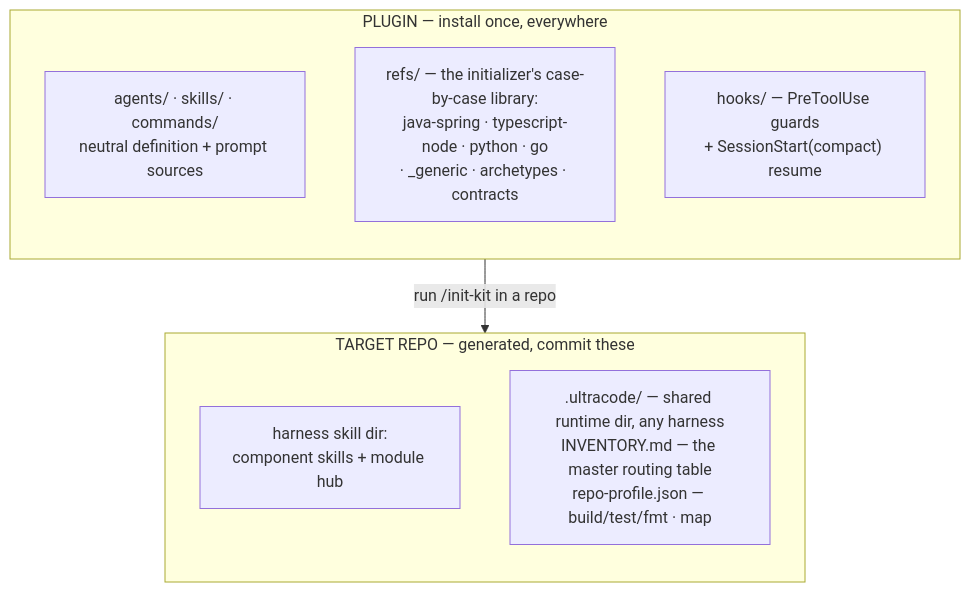
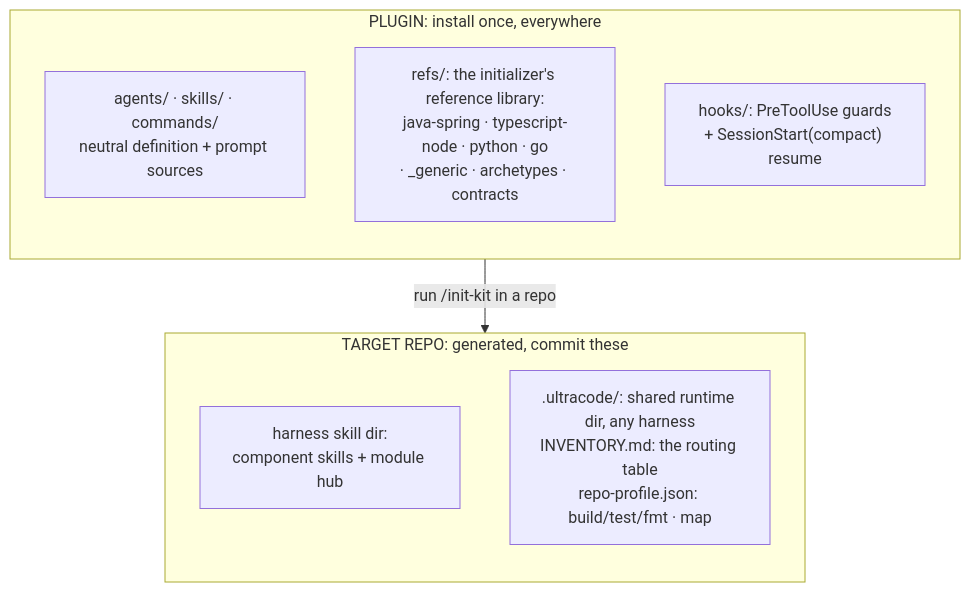
One commit to diepquynh/ultracode changed the first of 3 diagrams in docs/architecture.md. Above: the diagram before and after it, drawn with Mermaid. The commit also changed other lines of this file and 36 other files, not shown here.

````diff
--- a/docs/architecture.md
+++ b/docs/architecture.md
@@ -7,15 +5,15 @@
 ```mermaid
 flowchart TB
-    subgraph PLUGIN["PLUGIN — install once, everywhere"]
+    subgraph PLUGIN["PLUGIN: install once, everywhere"]
         direction TB
         DEFS["agents/ · skills/ · commands/<br/>neutral definition + prompt sources"]
-        REFS["refs/ — the initializer's case-by-case library:<br/>java-spring · typescript-node · python · go<br/>· _generic · archetypes · contracts"]
-        HOOKS["hooks/ — PreToolUse guards<br/>+ SessionStart(compact) resume"]
+        REFS["refs/: the initializer's reference library:<br/>java-spring · typescript-node · python · go<br/>· _generic · archetypes · contracts"]
+        HOOKS["hooks/: PreToolUse guards<br/>+ SessionStart(compact) resume"]
     end
     PLUGIN -- "run /init-kit in a repo" --> TARGET
-    subgraph TARGET["TARGET REPO — generated, commit these"]
+    subgraph TARGET["TARGET REPO: generated, commit these"]
         direction TB
         SKILLS["harness skill dir:<br/>component skills + module hub"]
-        RUNTIME[".ultracode/ — shared runtime dir, any harness<br/>INVENTORY.md — the master routing table<br/>repo-profile.json — build/test/fmt · map"]
+        RUNTIME[".ultracode/: shared runtime dir, any harness<br/>INVENTORY.md: the routing table<br/>repo-profile.json: build/test/fmt · map"]
     end
 ```
````
